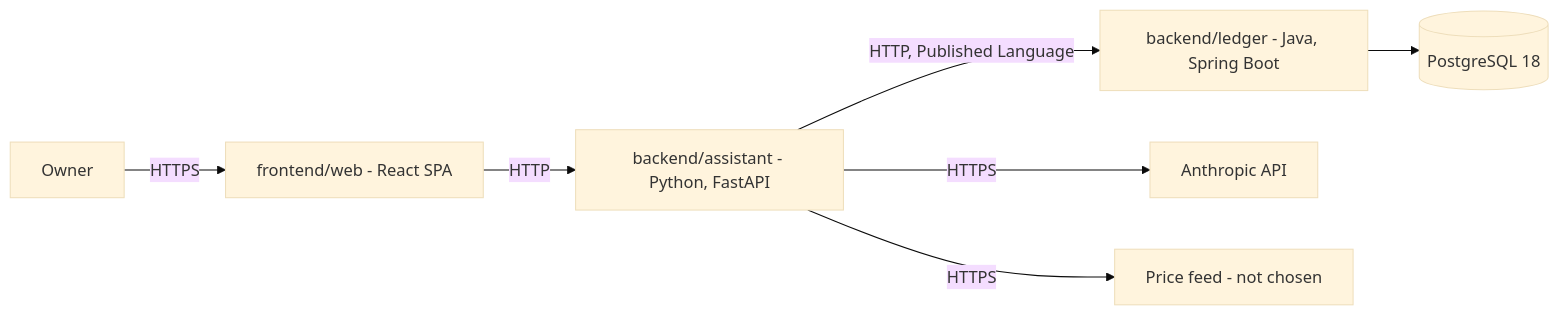
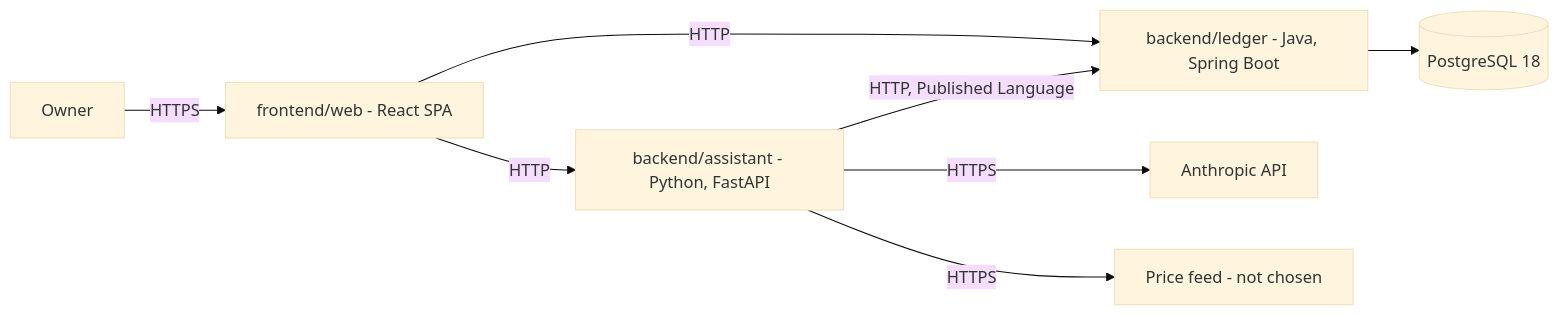
One commit to NaimElijah/FinAssist changed the diagram in docs/architecture/architecture.md. Above: the diagram before and after it, drawn with Mermaid (base theme). The commit also changed other lines of this file and 2 other files, not shown here.

First line of the commit message:
docs(requirements): enumerate the web client from the owner's answers

````diff
--- a/docs/architecture/architecture.md
+++ b/docs/architecture/architecture.md
@@ -31,9 +37,10 @@
 ```mermaid
 flowchart LR
     Owner[Owner] -->|HTTPS| Web[frontend/web - React SPA]
     Web -->|HTTP| Assistant[backend/assistant - Python, FastAPI]
     Assistant -->|HTTP, Published Language| Ledger[backend/ledger - Java, Spring Boot]
+    Web -->|HTTP| Ledger
     Assistant -->|HTTPS| Claude[Anthropic API]
     Assistant -->|HTTPS| Feed[Price feed - not chosen]
     Ledger --> DB[(PostgreSQL 18)]
 ```
````
